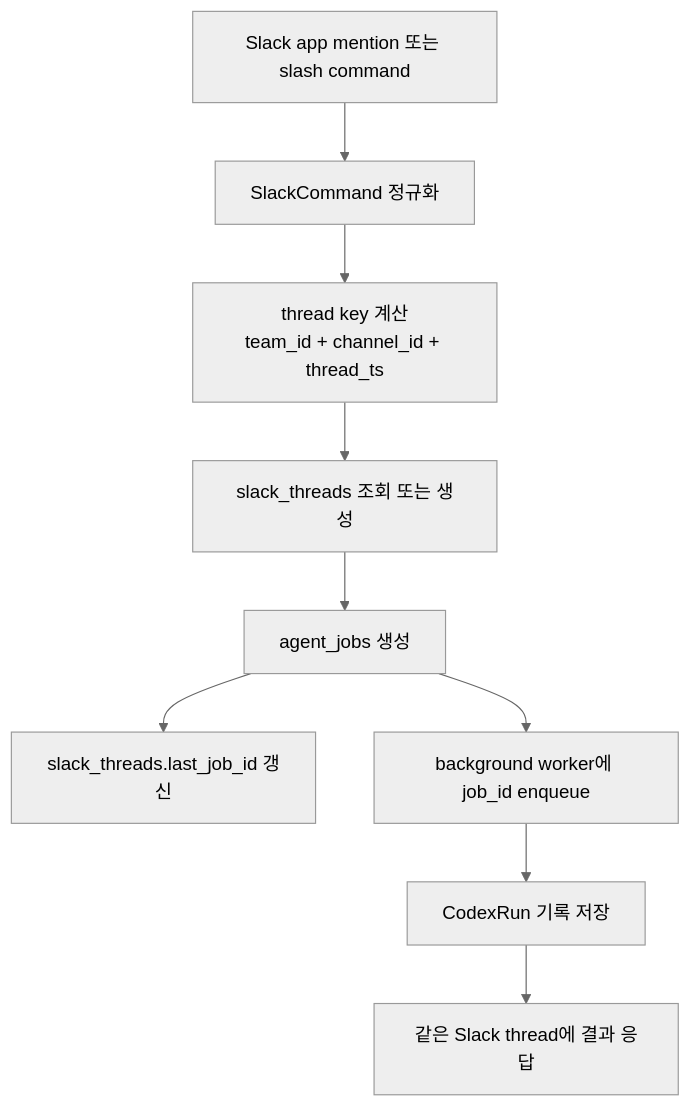
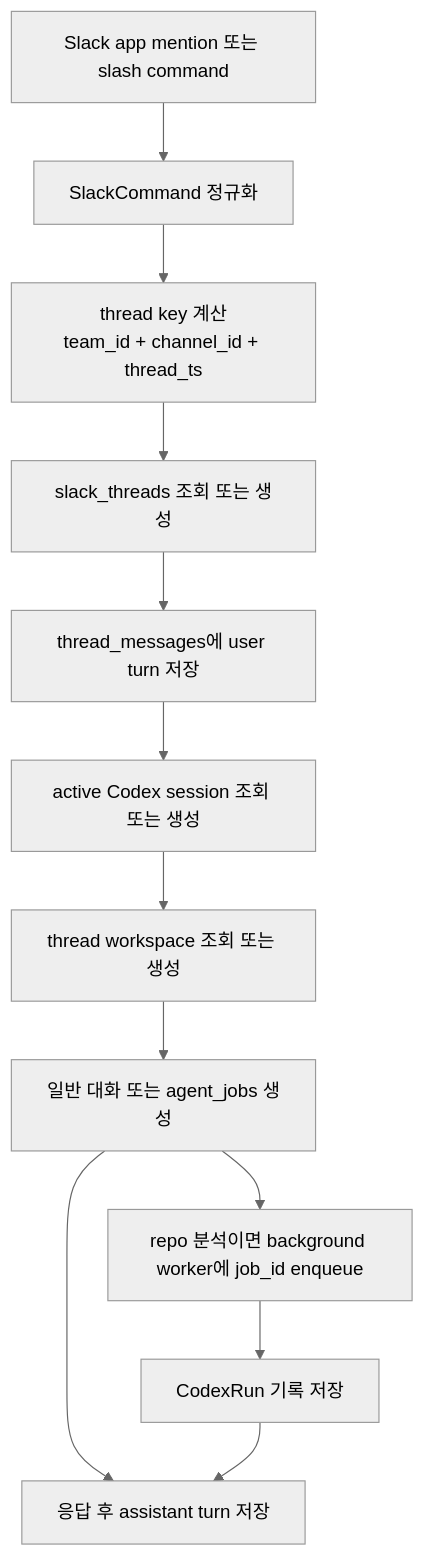
One commit to team-PopPang/Pangi changed the second of 3 diagrams in README.md. Above: the diagram before and after it, drawn with Mermaid (neutral theme). The commit also changed other lines of this file and 38 other files, not shown here.

Commit message:
feat: Slack thread별 Codex session 유지

````diff
--- a/README.md
+++ b/README.md
@@ -131,11 +133,14 @@
 ```mermaid
 flowchart TD
     A["Slack app mention 또는 slash command"] --> B["SlackCommand 정규화"]
     B --> C["thread key 계산<br/>team_id + channel_id + thread_ts"]
     C --> D["slack_threads 조회 또는 생성"]
-    D --> E["agent_jobs 생성"]
-    E --> F["slack_threads.last_job_id 갱신"]
-    E --> G["background worker에 job_id enqueue"]
-    G --> H["CodexRun 기록 저장"]
-    H --> I["같은 Slack thread에 결과 응답"]
+    D --> E["thread_messages에 user turn 저장"]
+    E --> F["active Codex session 조회 또는 생성"]
+    F --> G["thread workspace 조회 또는 생성"]
+    G --> H["일반 대화 또는 agent_jobs 생성"]
+    H --> I["응답 후 assistant turn 저장"]
+    H --> J["repo 분석이면 background worker에 job_id enqueue"]
+    J --> K["CodexRun 기록 저장"]
+    K --> I
 ```
````
